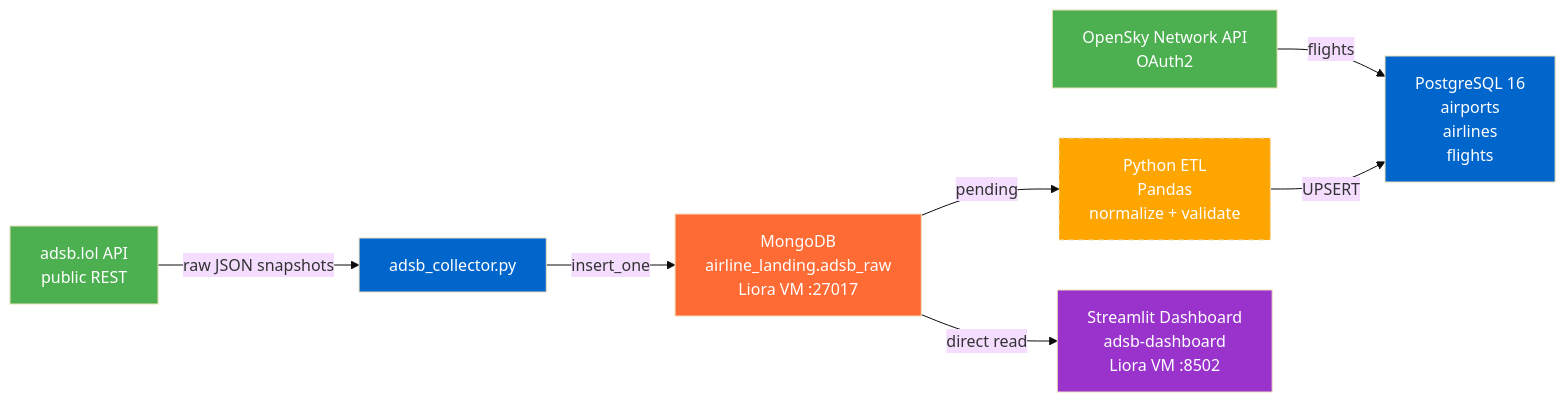
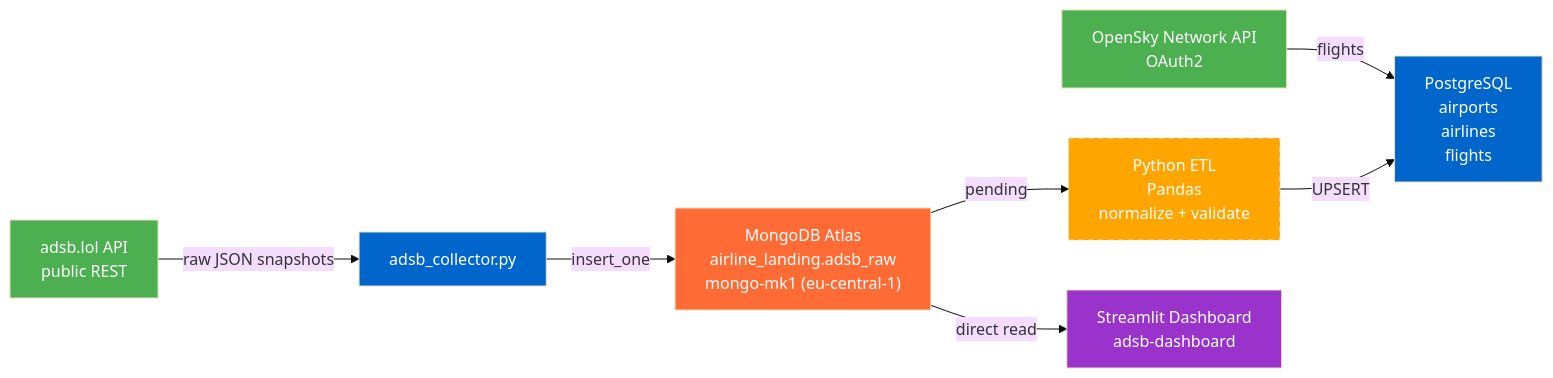
Before and after one commit to MatthiasSails/airline-data-platform: the second of 6 diagrams in 01-requirements/architecture/README.md, drawn with Mermaid (base theme). The commit also changed other lines of this file and 2 other files, not shown here.

First line of the commit message:
Remove LH/Liora-VM references from 01-requirements docs

````diff
--- a/01-requirements/architecture/README.md
+++ b/01-requirements/architecture/README.md
@@ -48,23 +48,23 @@
 ```mermaid
 graph LR
     ADSB["adsb.lol API<br/>public REST"]
     OS["OpenSky Network API<br/>OAuth2"]
 
     ADSB -->|raw JSON snapshots| COL["adsb_collector.py"]
     OS -->|flights| PG
 
-    COL -->|insert_one| MDB["MongoDB<br/>airline_landing.adsb_raw<br/>Liora VM :27017"]
+    COL -->|insert_one| MDB["MongoDB Atlas<br/>airline_landing.adsb_raw<br/>mongo-mk1 (eu-central-1)"]
 
     MDB -->|pending| ETL["Python ETL<br/>Pandas<br/>normalize + validate"]
-    ETL -->|UPSERT| PG["PostgreSQL 16<br/>airports<br/>airlines<br/>flights"]
+    ETL -->|UPSERT| PG["PostgreSQL<br/>airports<br/>airlines<br/>flights"]
 
-    MDB -->|direct read| DASH["Streamlit Dashboard<br/>adsb-dashboard<br/>Liora VM :8502"]
+    MDB -->|direct read| DASH["Streamlit Dashboard<br/>adsb-dashboard"]
 
     style ADSB fill:#4CAF50,color:#fff
     style OS fill:#4CAF50,color:#fff
     style COL fill:#0066CC,color:#fff
     style MDB fill:#FF6B35,color:#fff
     style ETL fill:#FFA500,color:#fff,stroke-dasharray:5 5
     style PG fill:#0066CC,color:#fff
     style DASH fill:#9933CC,color:#fff
 ```
````
